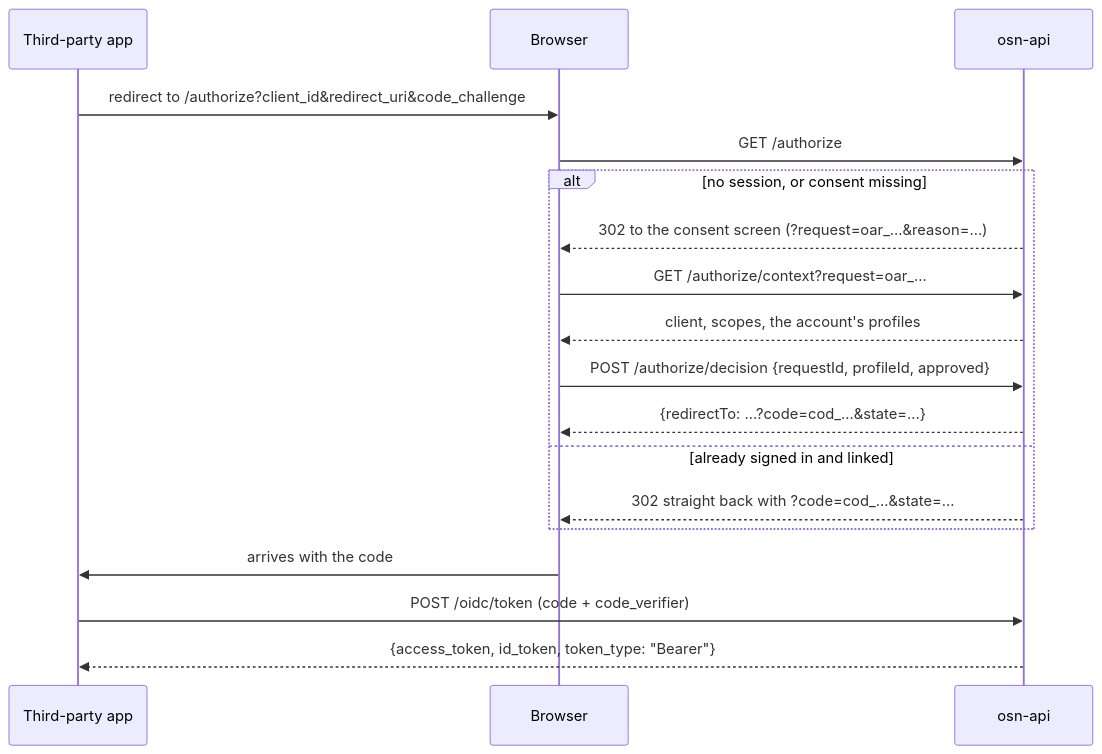
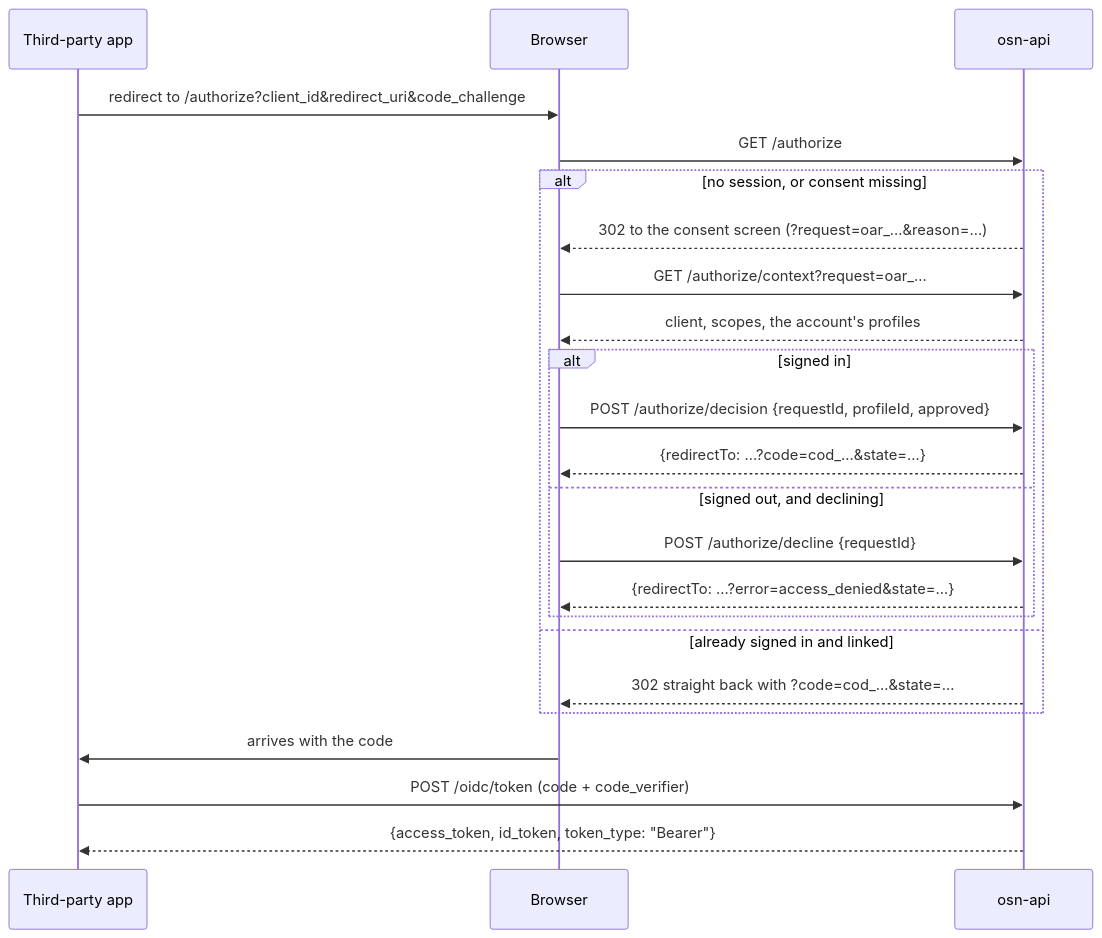
The diagram in wiki/osn/oidc-provider.md (englishstreetventures/osn), drawn with Mermaid before and after one commit. The commit also changed other lines of this file and 1 other file, not shown here.

Commit message:
Wiki: document the signed-out decline on the OIDC pages

````diff
--- a/wiki/osn/oidc-provider.md
+++ b/wiki/osn/oidc-provider.md
@@ -46,20 +46,25 @@
 ```mermaid
 sequenceDiagram
   participant App as Third-party app
   participant B as Browser
   participant IdP as osn-api
   App->>B: redirect to /authorize?client_id&redirect_uri&code_challenge
   B->>IdP: GET /authorize
   alt no session, or consent missing
     IdP-->>B: 302 to the consent screen (?request=oar_…&reason=…)
     B->>IdP: GET /authorize/context?request=oar_…
     IdP-->>B: client, scopes, the account's profiles
-    B->>IdP: POST /authorize/decision {requestId, profileId, approved}
-    IdP-->>B: {redirectTo: …?code=cod_…&state=…}
+    alt signed in
+      B->>IdP: POST /authorize/decision {requestId, profileId, approved}
+      IdP-->>B: {redirectTo: …?code=cod_…&state=…}
+    else signed out, and declining
+      B->>IdP: POST /authorize/decline {requestId}
+      IdP-->>B: {redirectTo: …?error=access_denied&state=…}
+    end
   else already signed in and linked
     IdP-->>B: 302 straight back with ?code=cod_…&state=…
   end
   B->>App: arrives with the code
   App->>IdP: POST /oidc/token (code + code_verifier)
   IdP-->>App: {access_token, id_token, token_type: "Bearer"}
 ```
````
